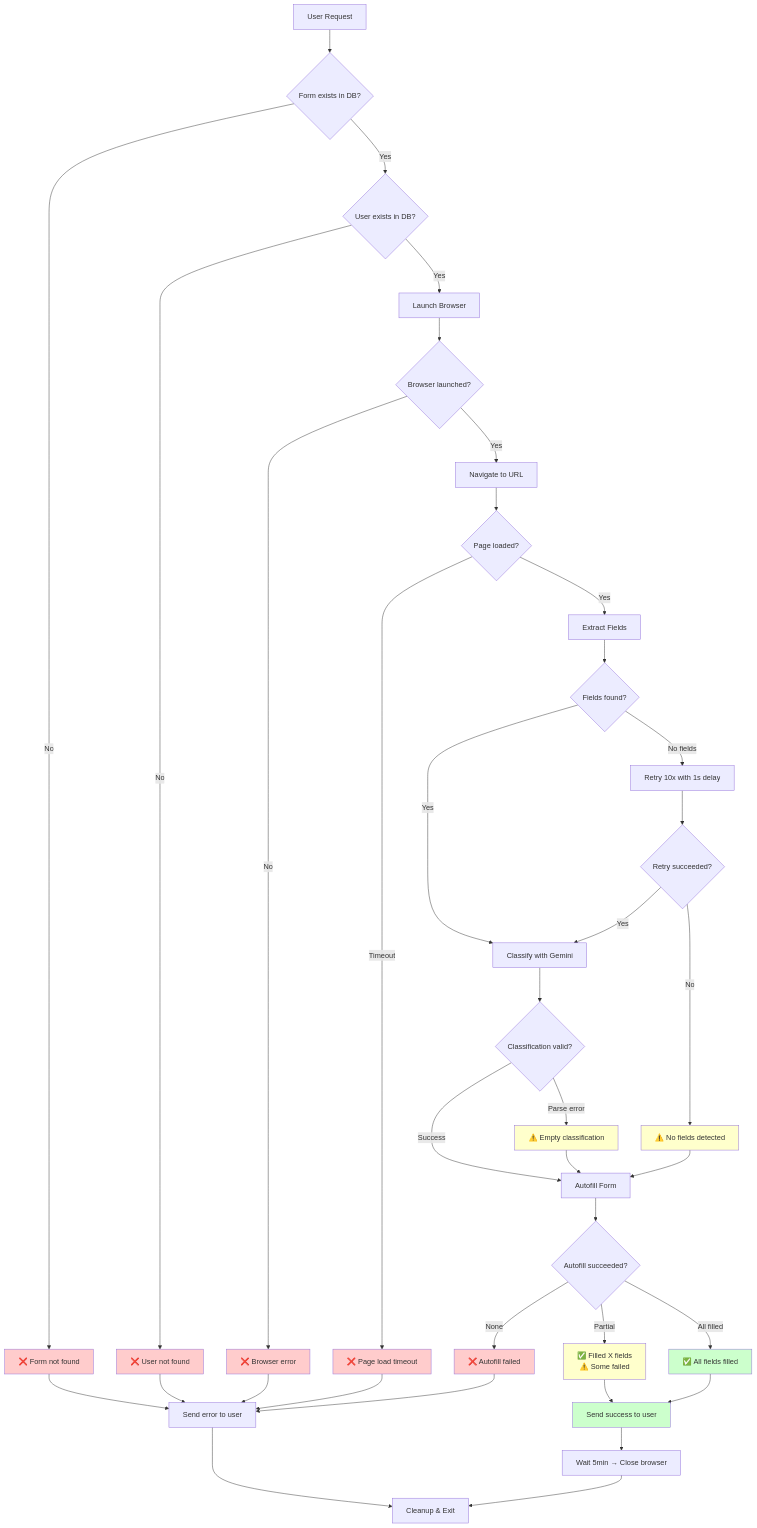
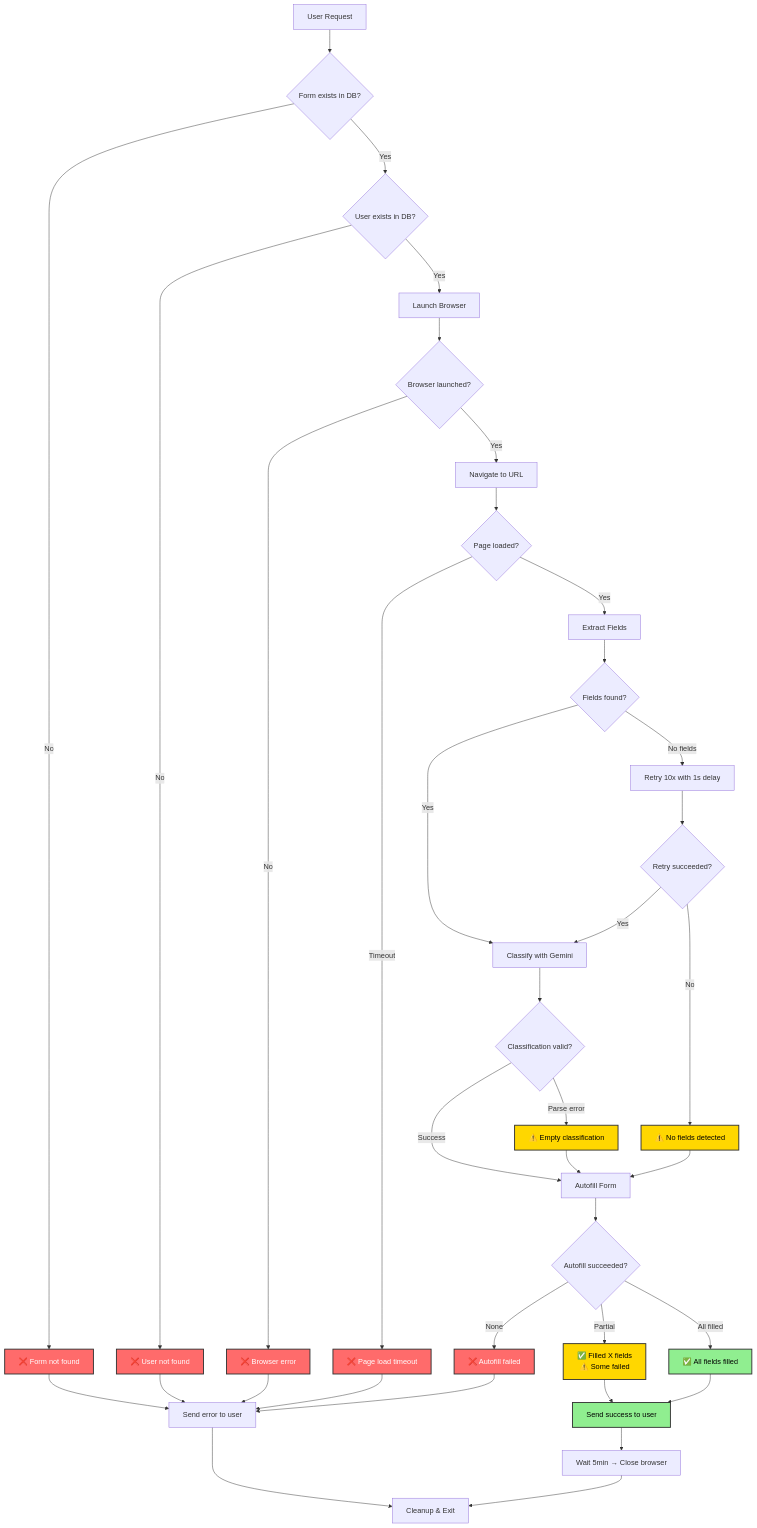
One commit to Buck-Beak/Form_Filler changed the eighth of 9 diagrams in ARCHITECTURE_DIAGRAM.md. Above: the diagram before and after it, drawn with Mermaid. The commit also changed other lines of this file, not shown here.

````diff
--- a/ARCHITECTURE_DIAGRAM.md
+++ b/ARCHITECTURE_DIAGRAM.md
@@ -448,60 +448,60 @@
 ```mermaid
 flowchart TD
     A[User Request] --> B{Form exists in DB?}
     B -->|No| C[❌ Form not found]
     B -->|Yes| D{User exists in DB?}
     
     D -->|No| E[❌ User not found]
     D -->|Yes| F[Launch Browser]
     
     F --> G{Browser launched?}
     G -->|No| H[❌ Browser error]
     G -->|Yes| I[Navigate to URL]
     
     I --> J{Page loaded?}
     J -->|Timeout| K[❌ Page load timeout]
     J -->|Yes| L[Extract Fields]
     
     L --> M{Fields found?}
     M -->|No fields| N[Retry 10x with 1s delay]
     M -->|Yes| O[Classify with Gemini]
     
     N --> P{Retry succeeded?}
     P -->|No| Q[⚠️ No fields detected]
     P -->|Yes| O
     
     O --> R{Classification valid?}
     R -->|Parse error| S[⚠️ Empty classification]
     R -->|Success| T[Autofill Form]
     
     S --> T
     Q --> T
     
     T --> U{Autofill succeeded?}
     U -->|Partial| V[✅ Filled X fields<br/>⚠️ Some failed]
     U -->|All filled| W[✅ All fields filled]
     U -->|None| X[❌ Autofill failed]
     
     C --> Y[Send error to user]
     E --> Y
     H --> Y
     K --> Y
     V --> Z[Send success to user]
     W --> Z
     X --> Y
     
     Y --> AA[Cleanup & Exit]
     Z --> AB[Wait 5min → Close browser]
     AB --> AA
     
-    style C fill:#ffcccc
-    style E fill:#ffcccc
-    style H fill:#ffcccc
-    style K fill:#ffcccc
-    style Q fill:#ffffcc
-    style S fill:#ffffcc
-    style V fill:#ffffcc
-    style X fill:#ffcccc
-    style W fill:#ccffcc
-    style Z fill:#ccffcc
+    style C fill:#ff6b6b,stroke:#333,stroke-width:2px,color:#fff
+    style E fill:#ff6b6b,stroke:#333,stroke-width:2px,color:#fff
+    style H fill:#ff6b6b,stroke:#333,stroke-width:2px,color:#fff
+    style K fill:#ff6b6b,stroke:#333,stroke-width:2px,color:#fff
+    style Q fill:#ffd700,stroke:#333,stroke-width:2px,color:#000
+    style S fill:#ffd700,stroke:#333,stroke-width:2px,color:#000
+    style V fill:#ffd700,stroke:#333,stroke-width:2px,color:#000
+    style X fill:#ff6b6b,stroke:#333,stroke-width:2px,color:#fff
+    style W fill:#90ee90,stroke:#333,stroke-width:2px,color:#000
+    style Z fill:#90ee90,stroke:#333,stroke-width:2px,color:#000
 ```
````
